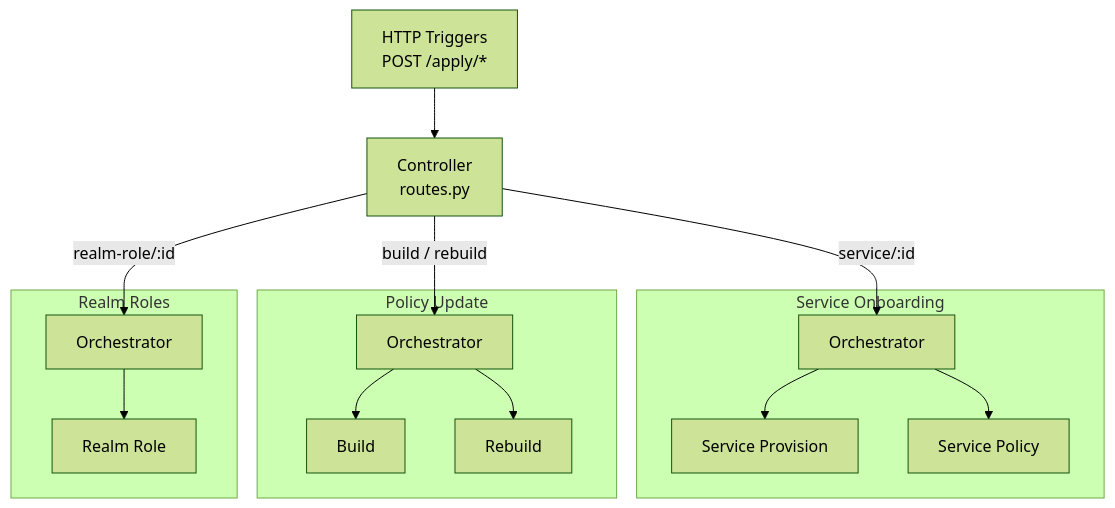
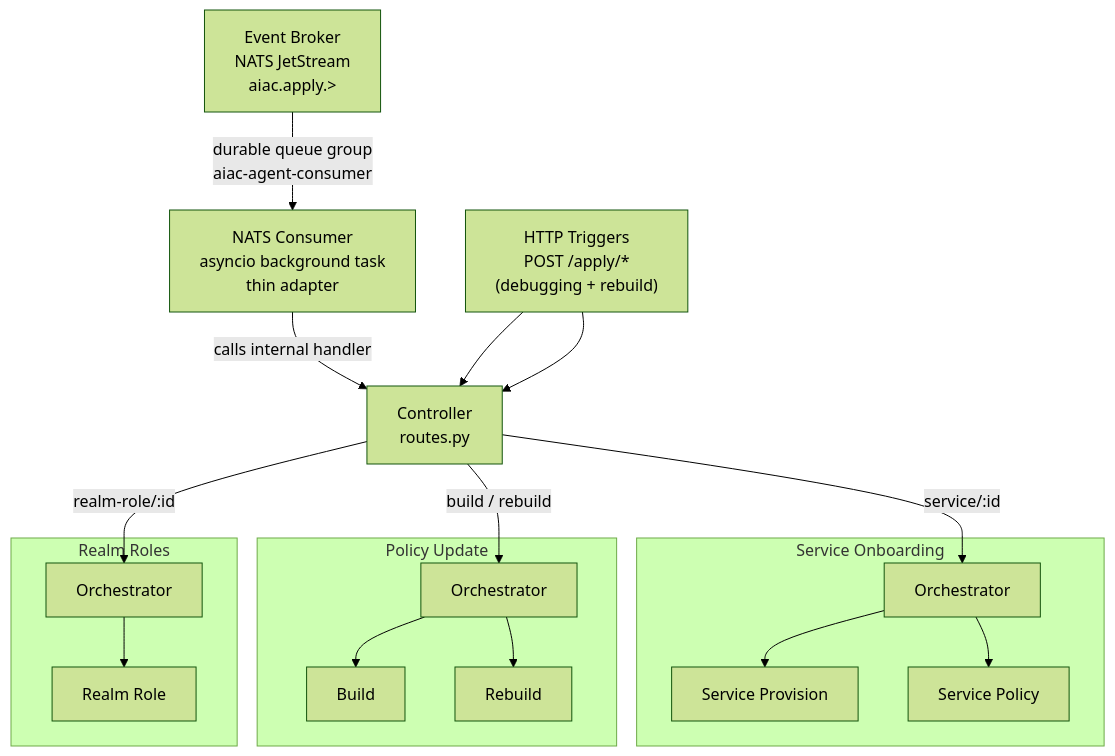
The first of 8 diagrams in inception/requirements/components/aiac-agent.md (rossoctl/aiac), drawn with Mermaid (forest theme) before and after one commit. The commit also changed other lines of this file and 3 other files, not shown here.

First line of the commit message:
docs(aiac): introduce Event Broker component to decouple triggers from Agent

````diff
--- a/inception/requirements/components/aiac-agent.md
+++ b/inception/requirements/components/aiac-agent.md
@@ -21,32 +26,38 @@
 ```mermaid
 flowchart TD
-    TRIGGERS["HTTP Triggers\nPOST /apply/*"]
+    NATS["Event Broker\nNATS JetStream\naiac.apply.>"]
+    NATS_CONSUMER["NATS Consumer\nasyncio background task\nthin adapter"]
+    TRIGGERS["HTTP Triggers\nPOST /apply/*\n(debugging + rebuild)"]
     CTRL["Controller\nroutes.py"]
+
+    NATS -->|"durable queue group\naiac-agent-consumer"| NATS_CONSUMER
+    NATS_CONSUMER -->|"calls internal handler"| CTRL
+    TRIGGERS --> CTRL
 
     subgraph CO["Service Onboarding"]
         ORC1["Orchestrator"]
         SA1["Service Provision"]
         SA2["Service Policy"]
         ORC1 --> SA1
         ORC1 --> SA2
     end
 
     subgraph PU["Policy Update"]
         ORC2["Orchestrator"]
         SA3["Build"]
         SA4["Rebuild"]
         ORC2 --> SA3
         ORC2 --> SA4
     end
 
     subgraph RR["Realm Roles"]
         ORC3["Orchestrator"]
         SA5["Realm Role"]
         ORC3 --> SA5
     end
 
     TRIGGERS --> CTRL
     CTRL -->|"realm-role/:id"| ORC3
     CTRL -->|"build / rebuild"| ORC2
     CTRL -->|"service/:id"| ORC1
 ```
````
